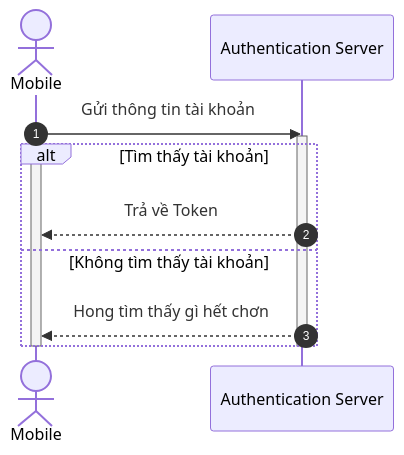
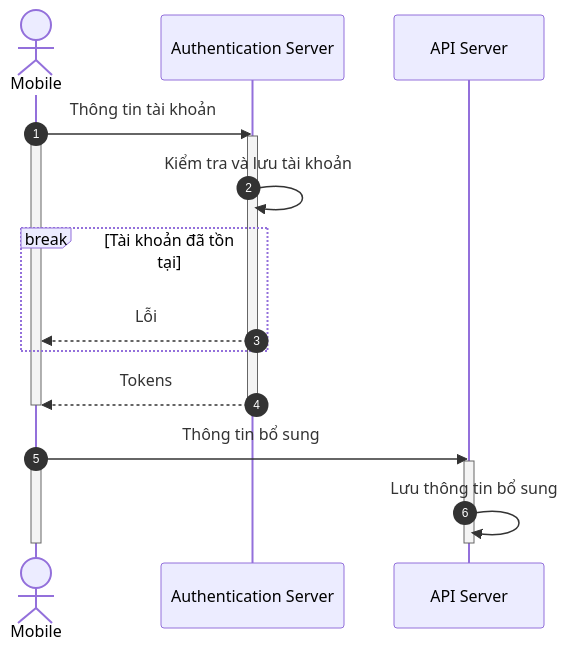
One commit to coinhub-uit/coinhub-uit.github.io changed the first of 3 diagrams in docs/diagrams/sequence/user-auth.md. Above: the diagram before and after it, drawn with Mermaid. The commit also changed other lines of this file, not shown here.

First line of the commit message:
fix(auth/user): maybe it's clearer

````diff
--- a/docs/diagrams/sequence/user-auth.md
+++ b/docs/diagrams/sequence/user-auth.md
@@ -11,17 +11,24 @@
 ```mermaid
 sequenceDiagram
   autonumber
   actor mobile as Mobile
   participant authServer as Authentication Server
+  participant apiServer as API Server
 
-  mobile->>authServer: Gửi thông tin tài khoản
+  mobile->>authServer: Thông tin tài khoản
   activate mobile
   activate authServer
-  alt Tìm thấy tài khoản
-    authServer-->>mobile: Trả về Token
-  else Không tìm thấy tài khoản
-    authServer-->>mobile: Hong tìm thấy gì hết chơn
+  authServer->>authServer: Kiểm tra và lưu tài khoản
+  break Tài khoản đã tồn tại
+    authServer-->>mobile: Lỗi
   end
+  authServer-->>mobile: Tokens
   deactivate mobile
   deactivate authServer
+  mobile->>apiServer: Thông tin bổ sung
+  activate mobile
+  activate apiServer
+  apiServer->>apiServer: Lưu thông tin bổ sung
+  deactivate mobile
+  deactivate apiServer
 ```
````
